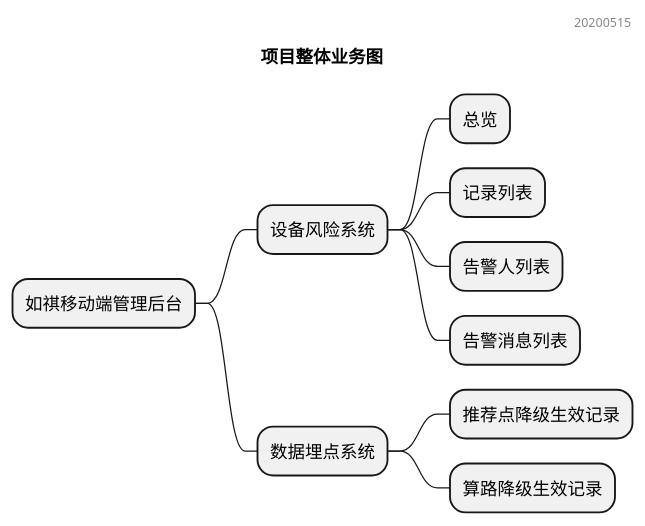
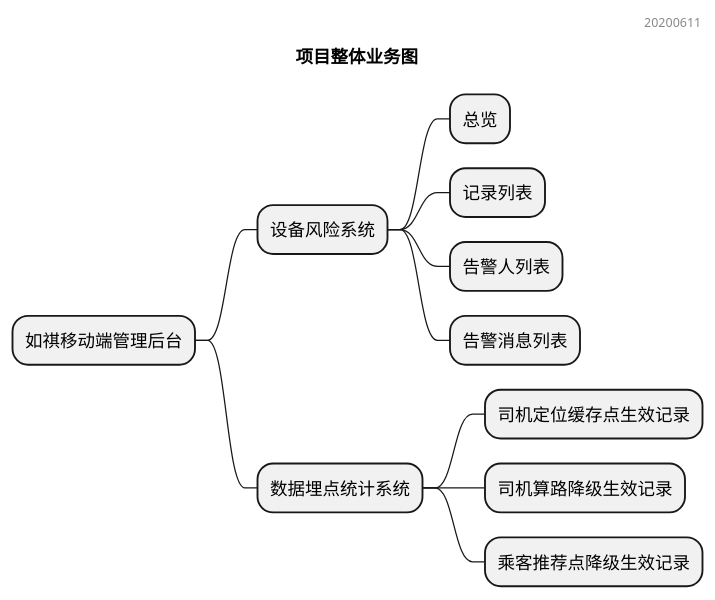
The diagram in puml/思维导图-项目整体业务.puml (yuqiyich/chat_server), drawn with PlantUML before and after one commit. The commit also changed 7 other files, not shown here.

```diff
--- a/puml/思维导图-项目整体业务.puml
+++ b/puml/思维导图-项目整体业务.puml
@@ -1,32 +1,33 @@
 @startmindmap
 
-header 20200515
+header 20200611
 
 title 项目整体业务图
 
 * 如祺移动端管理后台
 
 ** 设备风险系统
 *** 总览
 '****_ 应用
 '****_ 时间范围
 '****_ 上报次数（类别分类统计）
 '****_ 首次上报时间（时间范围内）
 '****_ 最近上报时间（时间范围内）
 '****_ 类别
 '*****_ 风险类型
 '*****_ APP版本号
 '*****_ 设备型号
 '*****_ 设备品牌
 '*****_ 用户手机号
 '*****_ 设备ID
 '*****_ 系统版本
 *** 记录列表
 *** 告警人列表
 *** 告警消息列表
 
-** 数据埋点系统
-*** 推荐点降级生效记录
-*** 算路降级生效记录
+** 数据埋点统计系统
+*** 司机定位缓存点生效记录
+*** 司机算路降级生效记录
+*** 乘客推荐点降级生效记录
 
 @endmindmap
```
